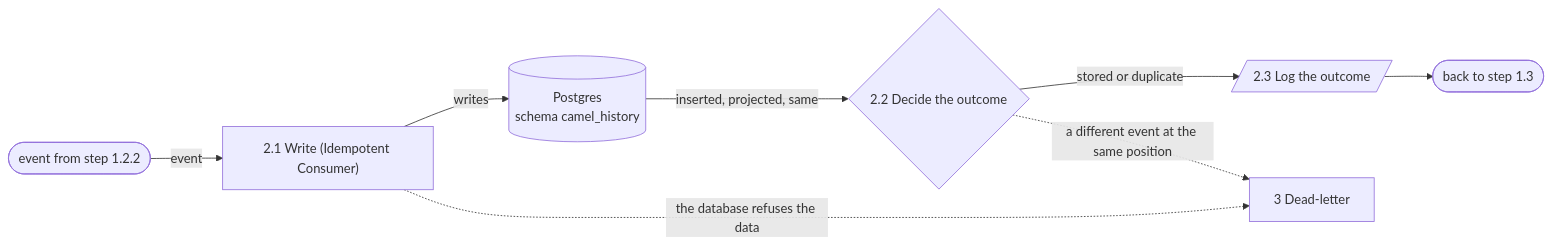
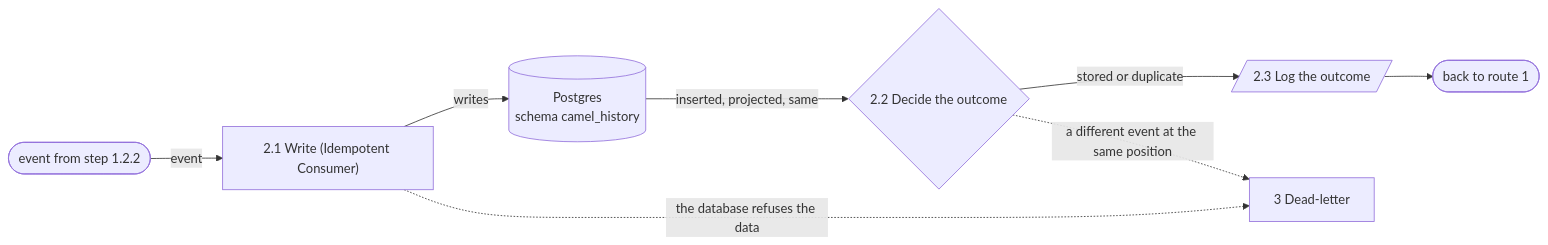
One commit to m-almeida-p/ms-ml-conv-history-consumer changed the fourth of 5 diagrams in docs/design.md. Above: the diagram before and after it, drawn with Mermaid. The commit also changed other lines of this file and 14 other files, not shown here.

````diff
--- a/docs/design.md
+++ b/docs/design.md
@@ -124,18 +124,18 @@
 ```mermaid
 flowchart LR
     in(["event from step 1.2.2"])
     s21["2.1 Write (Idempotent Consumer)"]
     pg[("Postgres<br/>schema camel_history")]
     s22{"2.2 Decide the outcome"}
     s23[/"2.3 Log the outcome"/]
-    out(["back to step 1.3"])
+    out(["back to route 1"])
     r3["3 Dead-letter"]
 
     in -- "event" --> s21
     s21 -- "writes" --> pg
     pg -- "inserted, projected, same" --> s22
     s22 -- "stored or duplicate" --> s23
     s23 --> out
     s22 -. "a different event at the same position" .-> r3
     s21 -. "the database refuses the data" .-> r3
 ```
````
